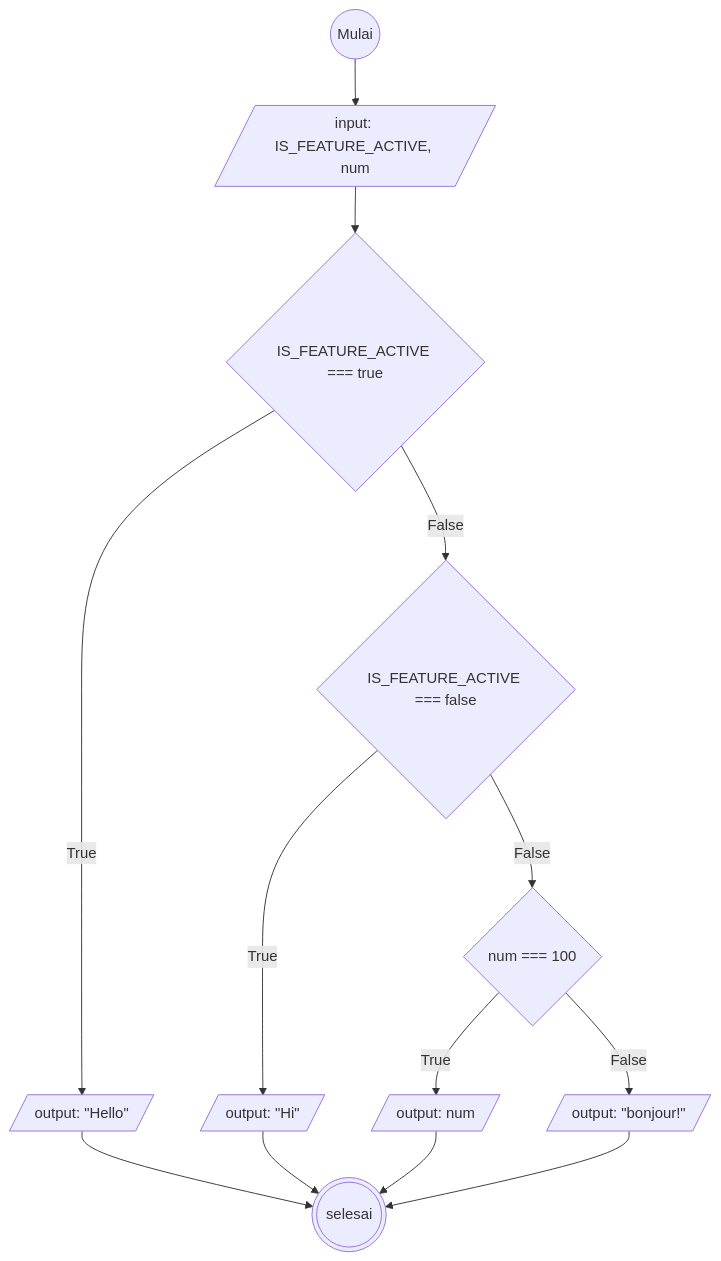
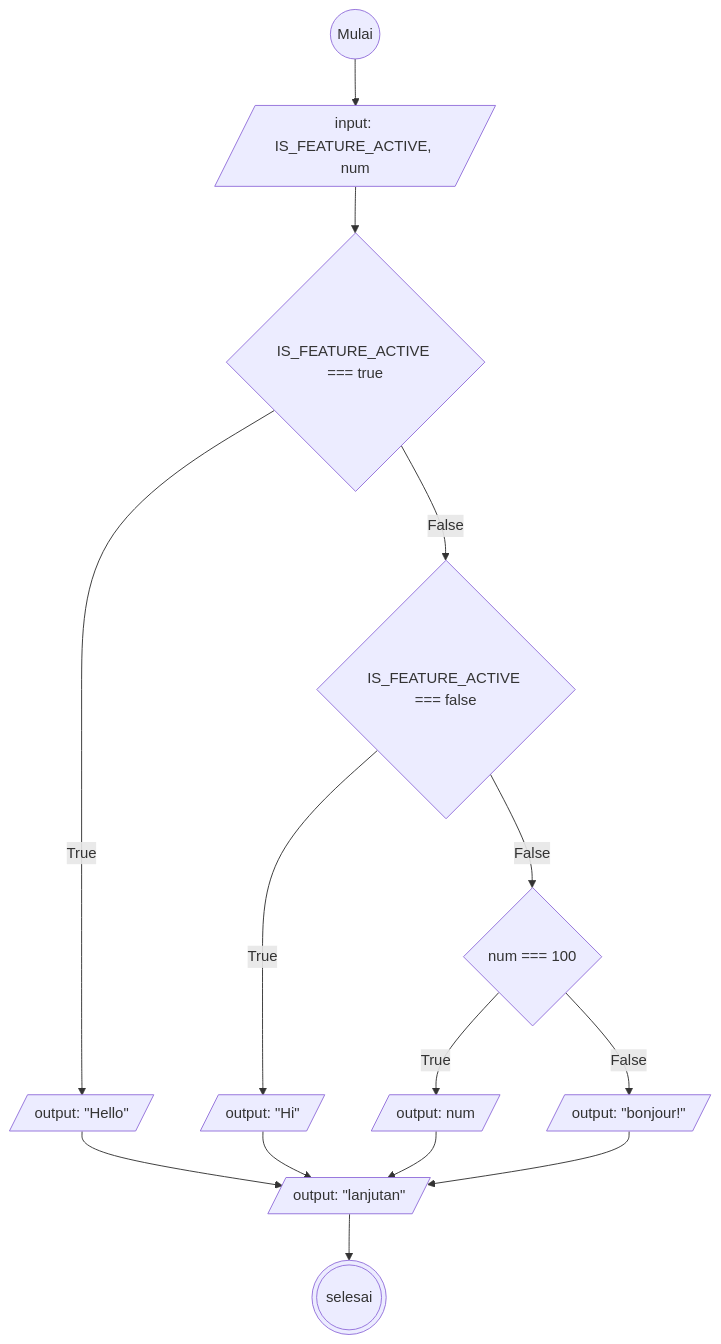
Before and after one commit to Arif14377/koda-b6-javascript1: the diagram in flowchart-switch.md, drawn with Mermaid.

````diff
--- a/flowchart-switch.md
+++ b/flowchart-switch.md
@@ -3,29 +3,31 @@
 ```mermaid
 flowchart TD
 
 start@{shape: circle, label: "Mulai"}
 input@{shape: lean-r, label: "input: IS_FEATURE_ACTIVE, num"}
 isActive@{shape: diamond, label: "IS_FEATURE_ACTIVE === true"}
 isActive2@{shape: diamond, label: "IS_FEATURE_ACTIVE === false"}
 active@{shape: lean-r, label: 'output: "Hello"'}
 nonactive@{shape: lean-r, label: 'output: "Hi"'}
 isNum100@{shape: diamond, label: "num === 100"}
 100@{shape: lean-r, label: "output: num"}
 bonjour@{shape: lean-r, label: 'output: "bonjour!"'}
+lanjutan@{shape: lean-r, label: 'output: "lanjutan"'}
 stop@{shape: dbl-circ, label: "selesai"}
 
 
 start-->input
 input-->isActive
 isActive--True-->active
 isActive--False-->isActive2
 isActive2--True-->nonactive
 isActive2--False-->isNum100
 isNum100--True-->100
 isNum100--False-->bonjour
-100-->stop
-bonjour-->stop
-active-->stop
-nonactive-->stop
+100-->lanjutan
+bonjour-->lanjutan
+active-->lanjutan
+nonactive-->lanjutan
+lanjutan-->stop
 
 ```
````
